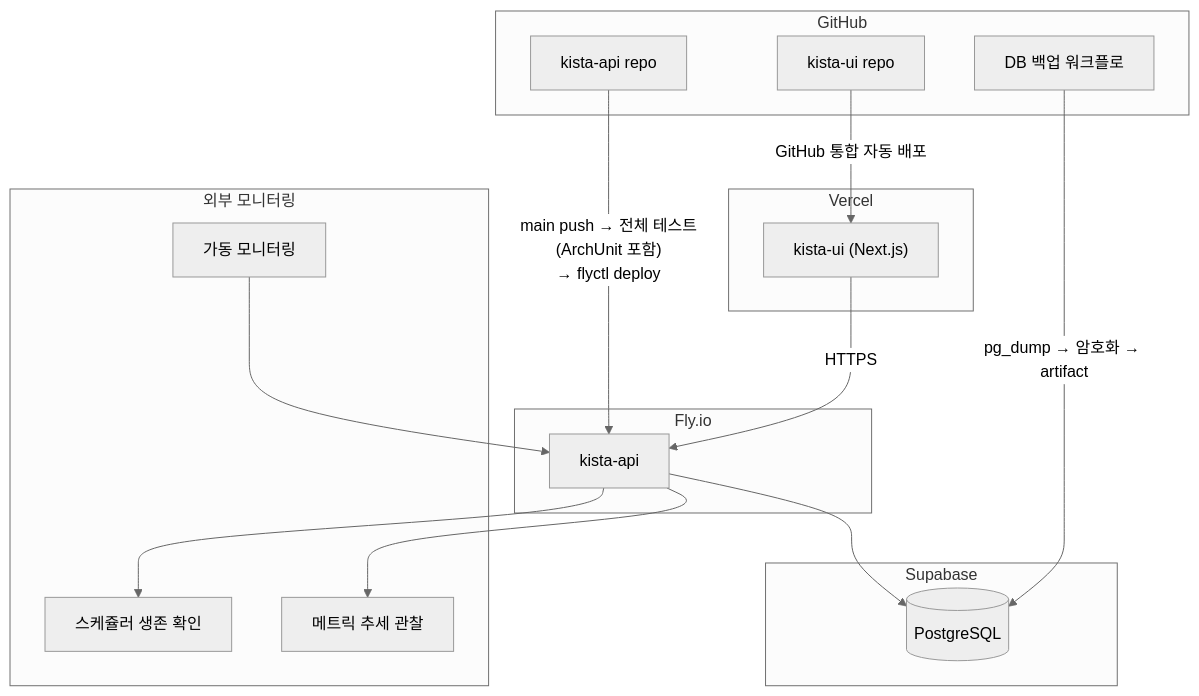
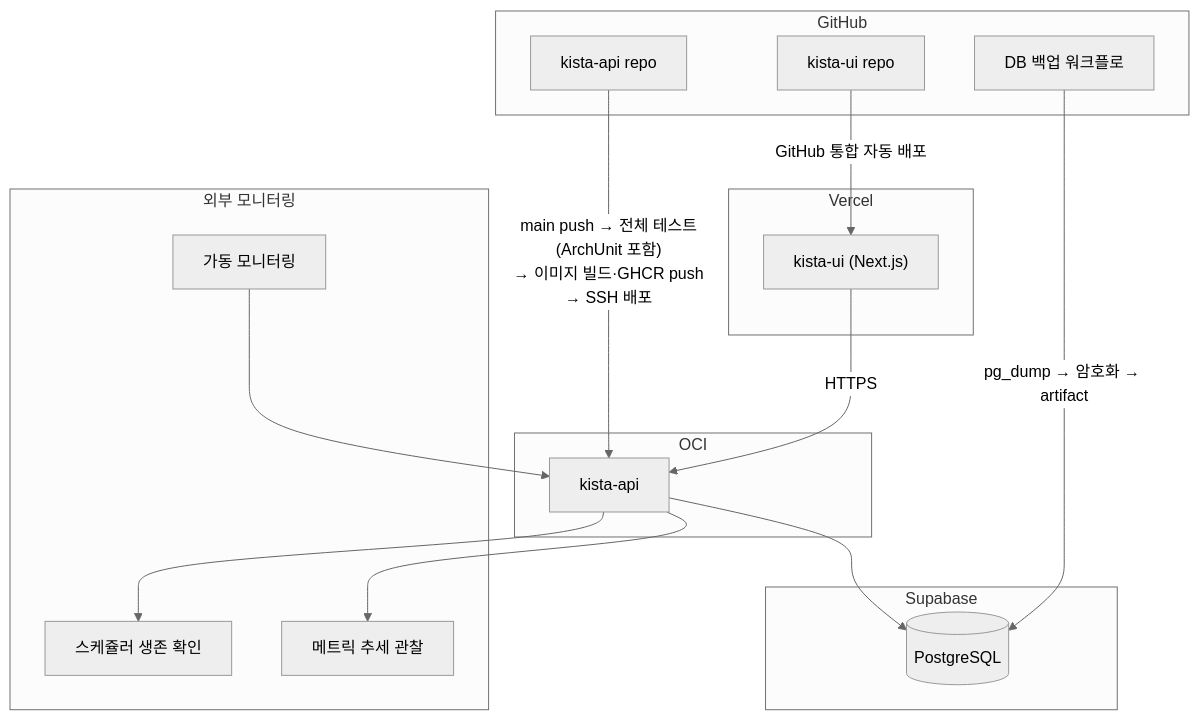
The third of 3 diagrams in README.md (narafu/kista-api), drawn with Mermaid (neutral theme) before and after one commit. The commit also changed other lines of this file and 2 other files, not shown here.

Commit message:
chore(deploy): OCI 전환 완료로 Fly.io 배포 워크플로 제거
fly-deploy.yml은 서버(OCI) 전환 후 긴급 롤백용으로만 남겨뒀으나
커트오버가 완료되어 더 이상 필요 없음. README 배포 다이어그램과
docker-infra.md 참조도 함께 정리.

````diff
--- a/README.md
+++ b/README.md
@@ -88,35 +88,35 @@
 ```mermaid
 graph TB
     subgraph GH["GitHub"]
         RepoUI["kista-ui repo"]
         RepoAPI["kista-api repo"]
         BackupAction["DB 백업 워크플로"]
     end
 
     subgraph VercelInfra["Vercel"]
         UIApp["kista-ui (Next.js)"]
     end
 
-    subgraph FlyInfra["Fly.io"]
+    subgraph OciInfra["OCI"]
         APIApp["kista-api"]
     end
 
     subgraph SupaInfra["Supabase"]
         PG2[("PostgreSQL")]
     end
 
     subgraph Monitoring["외부 모니터링"]
         Uptime["가동 모니터링"]
         HC["스케쥴러 생존 확인"]
         Grafana["메트릭 추세 관찰"]
     end
 
     RepoUI -->|"GitHub 통합 자동 배포"| UIApp
-    RepoAPI -->|"main push → 전체 테스트(ArchUnit 포함)<br/>→ flyctl deploy"| APIApp
+    RepoAPI -->|"main push → 전체 테스트(ArchUnit 포함)<br/>→ 이미지 빌드·GHCR push<br/>→ SSH 배포"| APIApp
     UIApp -->|"HTTPS"| APIApp
     APIApp --> PG2
     BackupAction -->|"pg_dump → 암호화 → artifact"| PG2
     Uptime --> APIApp
     APIApp --> HC
     APIApp --> Grafana
 ```
````
